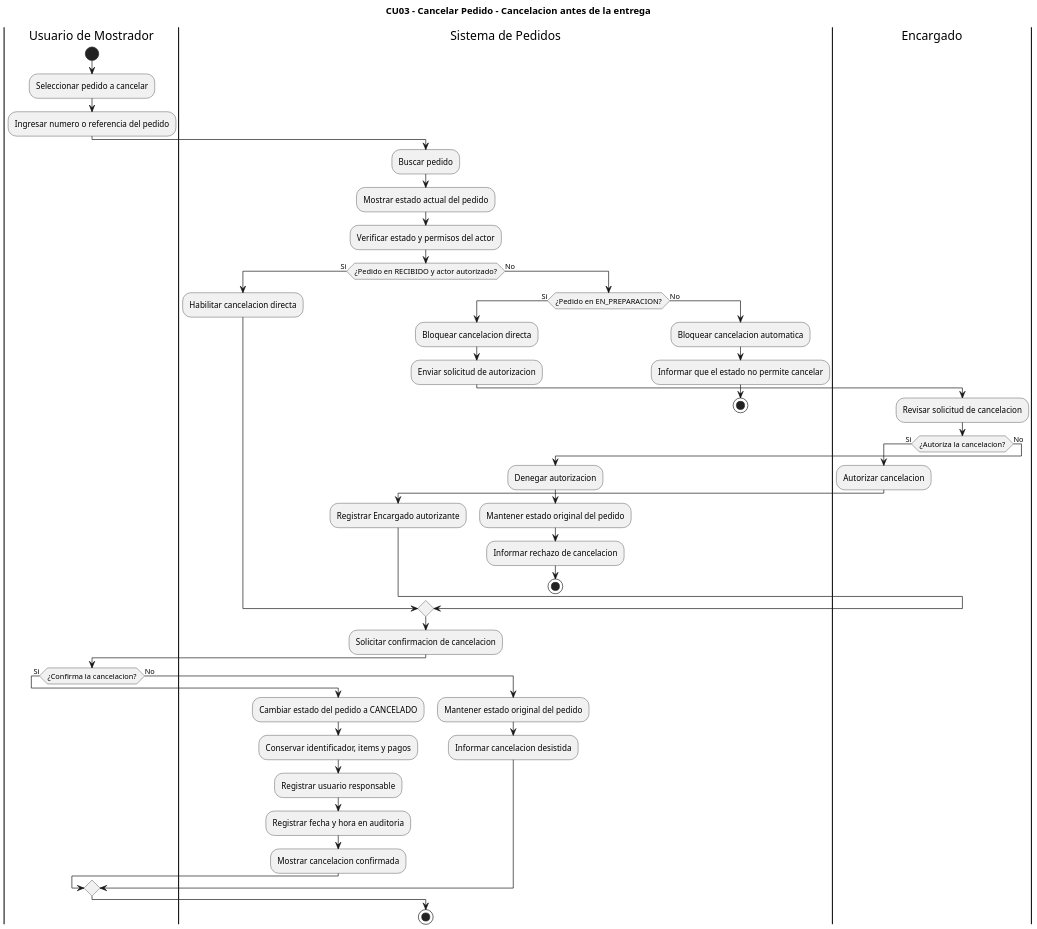
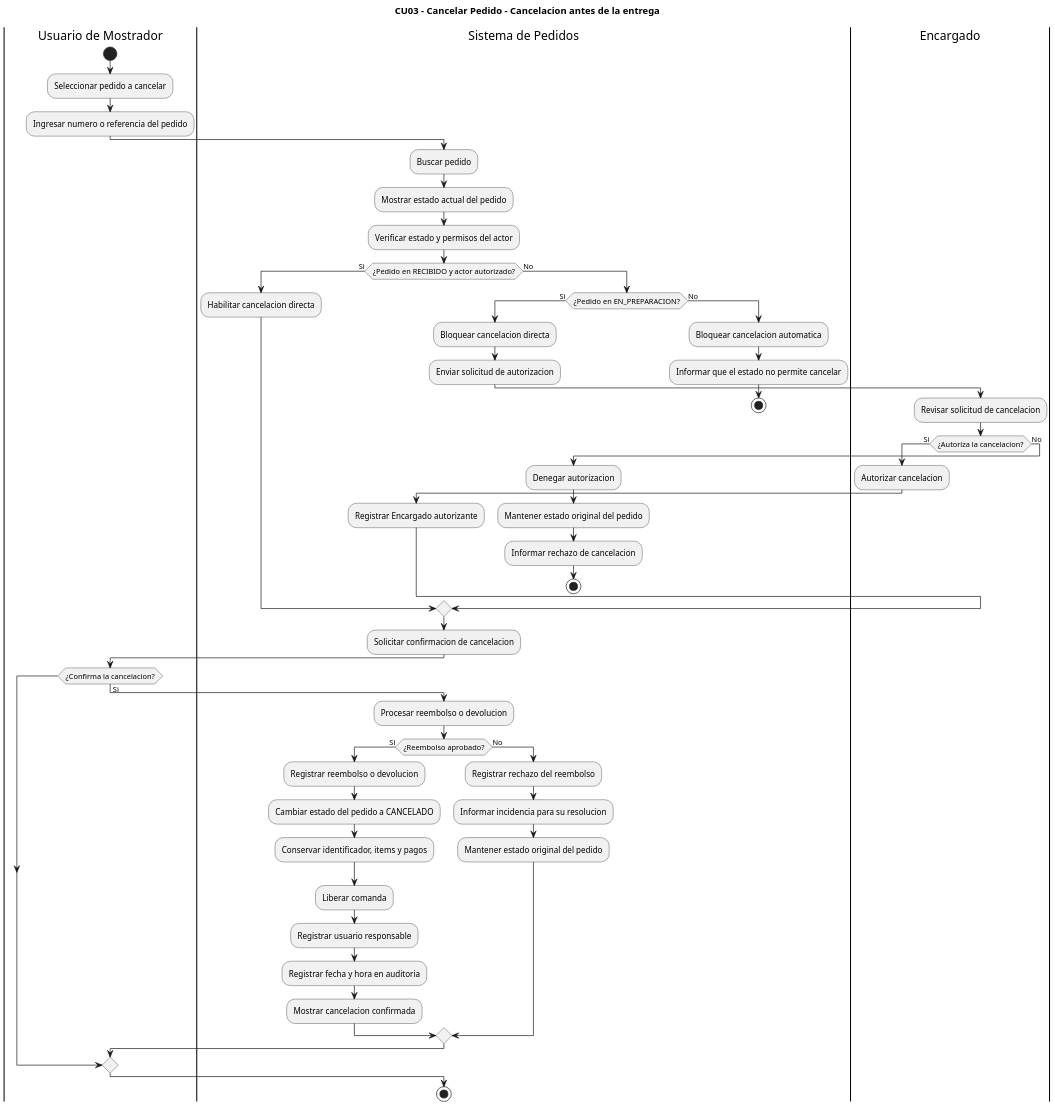
One commit to eloeyhe/SistemaPedidos changed the diagram in diagramas/04-diagramas-actividades/04-actividad-cancelar-pedido-03.puml. Above: the diagram before and after it, drawn with PlantUML. The commit also changed 7 other files, not shown here.

```diff
--- a/diagramas/04-diagramas-actividades/04-actividad-cancelar-pedido-03.puml
+++ b/diagramas/04-diagramas-actividades/04-actividad-cancelar-pedido-03.puml
@@ -1,58 +1,66 @@
 @startuml
 title CU03 - Cancelar Pedido - Cancelacion antes de la entrega
 skinparam dpi 150
 skinparam shadowing false
 
 |Usuario de Mostrador|
 start
 :Seleccionar pedido a cancelar;
 :Ingresar numero o referencia del pedido;
 
 |Sistema de Pedidos|
 :Buscar pedido;
 :Mostrar estado actual del pedido;
 :Verificar estado y permisos del actor;
 
 if (¿Pedido en RECIBIDO y actor autorizado?) then (Si)
   :Habilitar cancelacion directa;
 else (No)
   if (¿Pedido en EN_PREPARACION?) then (Si)
     :Bloquear cancelacion directa;
     :Enviar solicitud de autorizacion;
     |Encargado|
     :Revisar solicitud de cancelacion;
     if (¿Autoriza la cancelacion?) then (Si)
       :Autorizar cancelacion;
       |Sistema de Pedidos|
       :Registrar Encargado autorizante;
     else (No)
       :Denegar autorizacion;
       |Sistema de Pedidos|
       :Mantener estado original del pedido;
       :Informar rechazo de cancelacion;
       stop
     endif
   else (No)
     :Bloquear cancelacion automatica;
     :Informar que el estado no permite cancelar;
     stop
   endif
 endif
 
 |Sistema de Pedidos|
 :Solicitar confirmacion de cancelacion;
 |Usuario de Mostrador|
 if (¿Confirma la cancelacion?) then (Si)
   |Sistema de Pedidos|
-  :Cambiar estado del pedido a CANCELADO;
-  :Conservar identificador, items y pagos;
-  :Registrar usuario responsable;
-  :Registrar fecha y hora en auditoria;
-  :Mostrar cancelacion confirmada;
-else (No)
-  |Sistema de Pedidos|
-  :Mantener estado original del pedido;
-  :Informar cancelacion desistida;
+    |Sistema de Pedidos|
+  :Procesar reembolso o devolucion;
+
+  if (¿Reembolso aprobado?) then (Si)
+    :Registrar reembolso o devolucion;
+    :Cambiar estado del pedido a CANCELADO;
+    :Conservar identificador, items y pagos;
+    :Liberar comanda;
+    :Registrar usuario responsable;
+    :Registrar fecha y hora en auditoria;
+    :Mostrar cancelacion confirmada;
+  else (No)
+    :Registrar rechazo del reembolso;
+    :Informar incidencia para su resolucion;
+    :Mantener estado original del pedido;
+  endif
+
 endif
 stop
 @enduml
```
